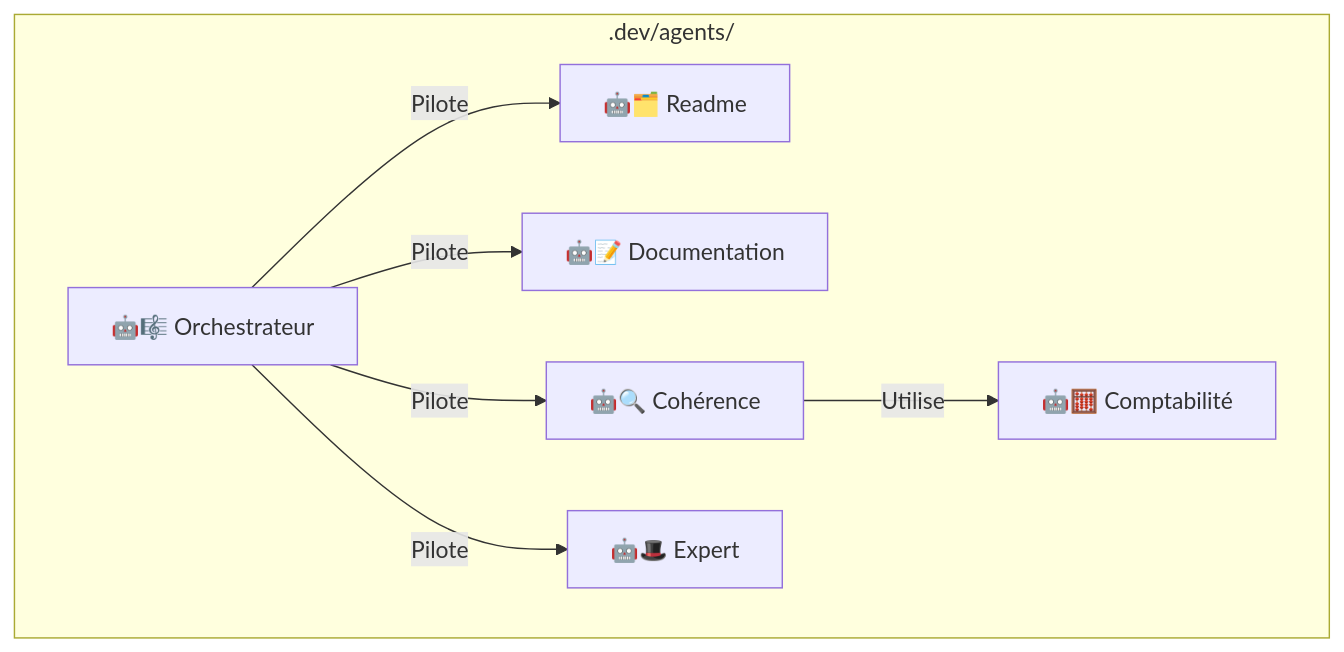
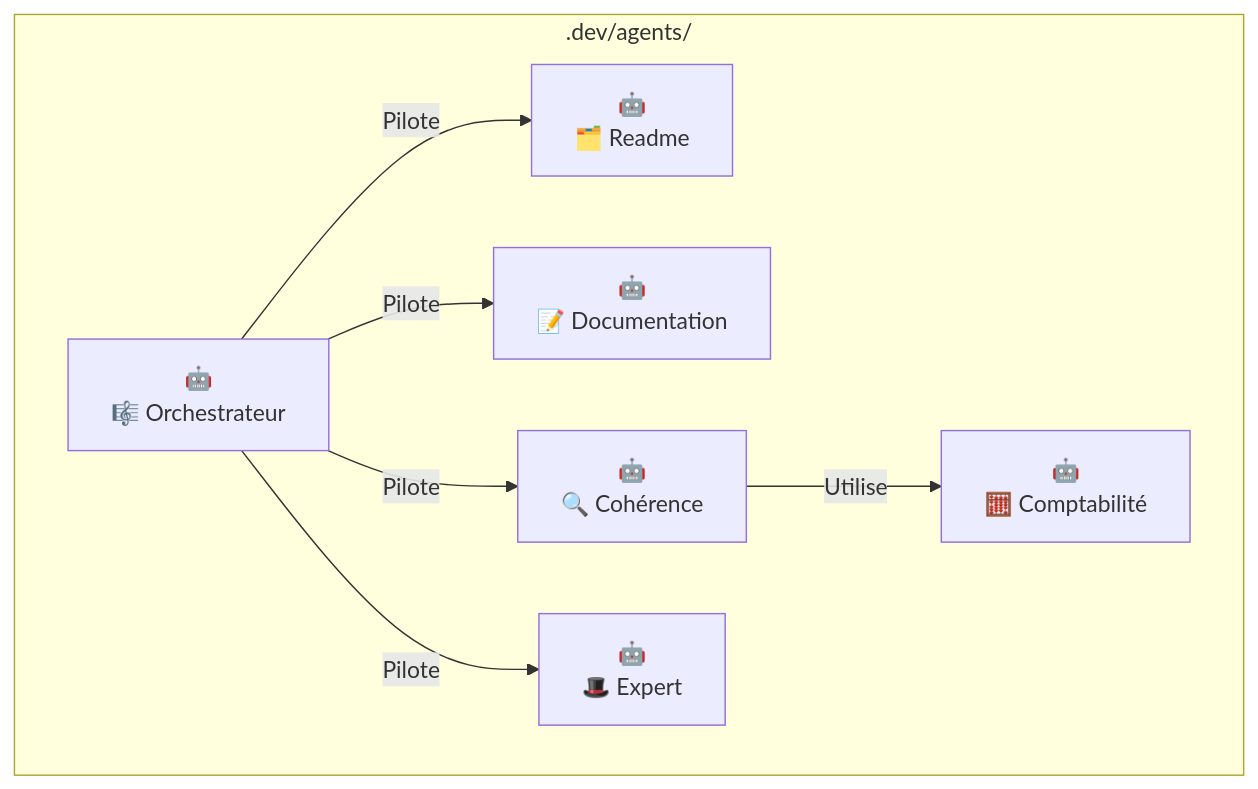
The first of 2 diagrams in .dev/agents/README.md (GribouilleImport/ChezSIA), drawn with Mermaid before and after one commit. The commit also changed other lines of this file, not shown here.

Commit message:
docs: ajout de sauts de ligne dans les schémas Mermaid pour une meilleure lisibilité

````diff
--- a/.dev/agents/README.md
+++ b/.dev/agents/README.md
@@ -28,18 +28,18 @@
 ```mermaid
 graph TD
     subgraph ROOT [".dev/agents/"]
-        ORCH["🤖🎼 Orchestrateur"]
-        RD["🤖🗂️ Readme"]
-        DOC["🤖📝 Documentation"]
-        CONS["🤖🔍 Cohérence"]
-        ACC["🤖🧮 Comptabilité"]
-        EXP["🤖🎩 Expert"]
+        ORCH["🤖<br/>🎼 Orchestrateur"]
+        RD["🤖<br/>🗂️ Readme"]
+        DOC["🤖<br/>📝 Documentation"]
+        CONS["🤖<br/>🔍 Cohérence"]
+        ACC["🤖<br/>🧮 Comptabilité"]
+        EXP["🤖<br/>🎩 Expert"]
     end
 
     ORCH --> |Pilote| RD
     ORCH --> |Pilote| DOC
     ORCH --> |Pilote| CONS
     ORCH --> |Pilote| EXP
     
     CONS --> |Utilise| ACC
 ```
````
